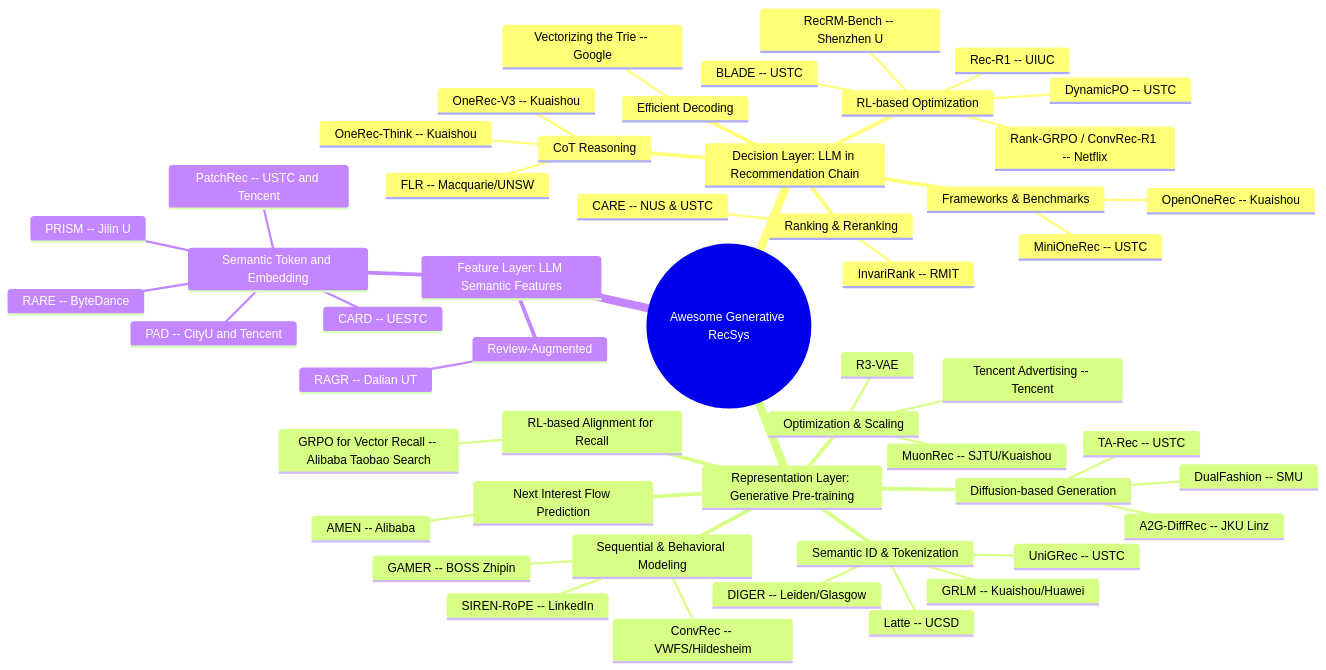
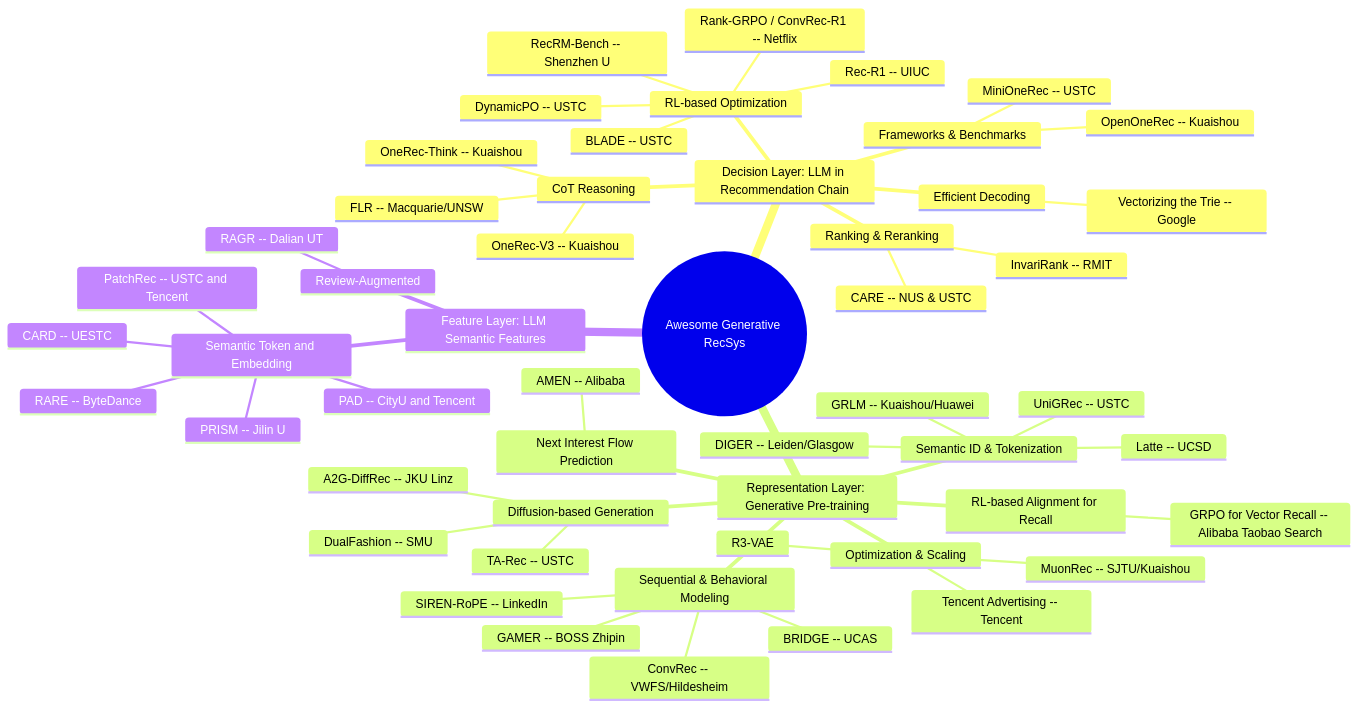
One commit to HaFred/awesome-generative-recsys changed the diagram in README.md. Above: the diagram before and after it, drawn with Mermaid. The commit also changed other lines of this file, not shown here.

Commit message:
feat: 5 new papers May 22 (ThinkGR, BRIDGE, GCRS, LLM Retrieval, RPORec)

````diff
--- a/README.md
+++ b/README.md
@@ -6,54 +6,55 @@
 ```mermaid
 mindmap
   root((Awesome Generative RecSys))
     Decision Layer: LLM in Recommendation Chain
       CoT Reasoning
         OneRec-Think -- Kuaishou
         OneRec-V3 -- Kuaishou
         FLR -- Macquarie/UNSW
       RL-based Optimization
         Rank-GRPO / ConvRec-R1 -- Netflix
         Rec-R1 -- UIUC
         DynamicPO -- USTC
         RecRM-Bench -- Shenzhen U
         BLADE -- USTC
       Ranking & Reranking
         CARE -- NUS & USTC
         InvariRank -- RMIT
       Frameworks & Benchmarks
         OpenOneRec -- Kuaishou
         MiniOneRec -- USTC
       Efficient Decoding
         Vectorizing the Trie -- Google
     Representation Layer: Generative Pre-training
       Semantic ID & Tokenization
         Latte -- UCSD
         DIGER -- Leiden/Glasgow
         UniGRec -- USTC
         GRLM -- Kuaishou/Huawei
       Next Interest Flow Prediction
         AMEN -- Alibaba
       RL-based Alignment for Recall
         GRPO for Vector Recall -- Alibaba Taobao Search
       Diffusion-based Generation
         A2G-DiffRec -- JKU Linz
         TA-Rec -- USTC
         DualFashion -- SMU
       Sequential & Behavioral Modeling
         GAMER -- BOSS Zhipin
         SIREN-RoPE -- LinkedIn
         ConvRec -- VWFS/Hildesheim
+        BRIDGE -- UCAS
       Optimization & Scaling
         MuonRec -- SJTU/Kuaishou
         R3-VAE
         Tencent Advertising -- Tencent
     Feature Layer: LLM Semantic Features
       Semantic Token and Embedding
         PatchRec -- USTC and Tencent
         PAD -- CityU and Tencent
         RARE -- ByteDance
         CARD -- UESTC
         PRISM -- Jilin U
       Review-Augmented
         RAGR -- Dalian UT
 ```
````
